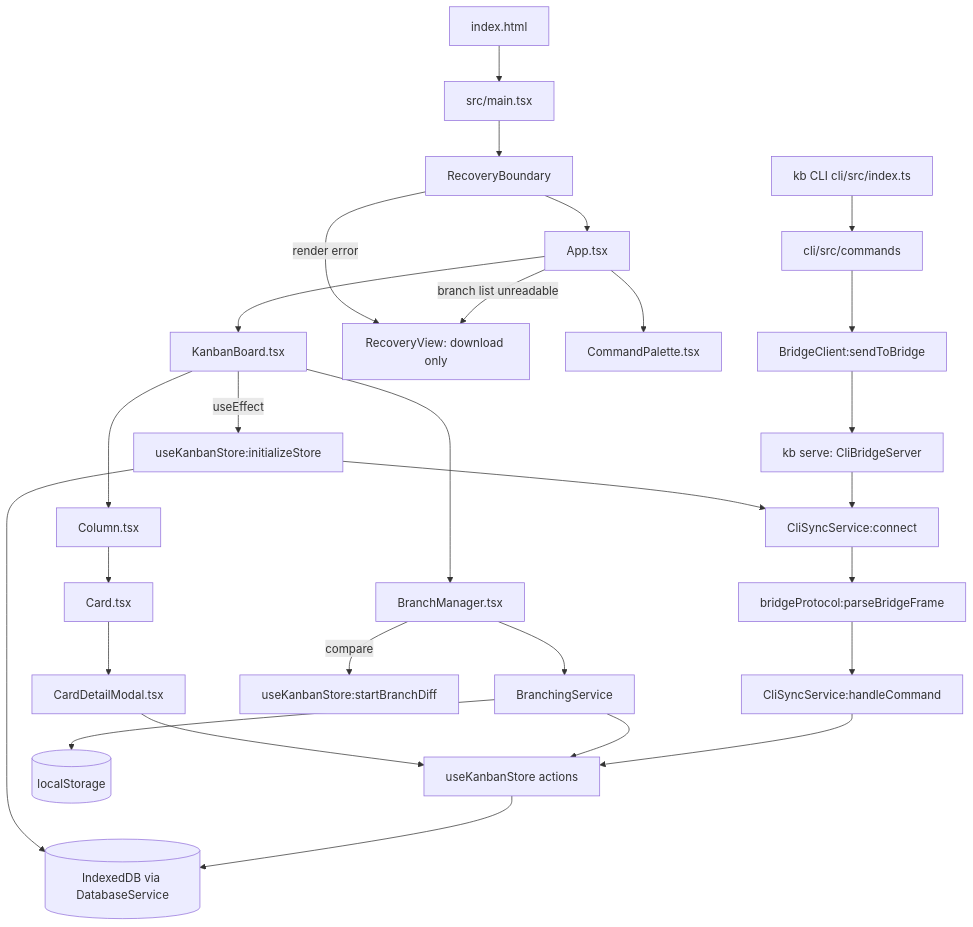
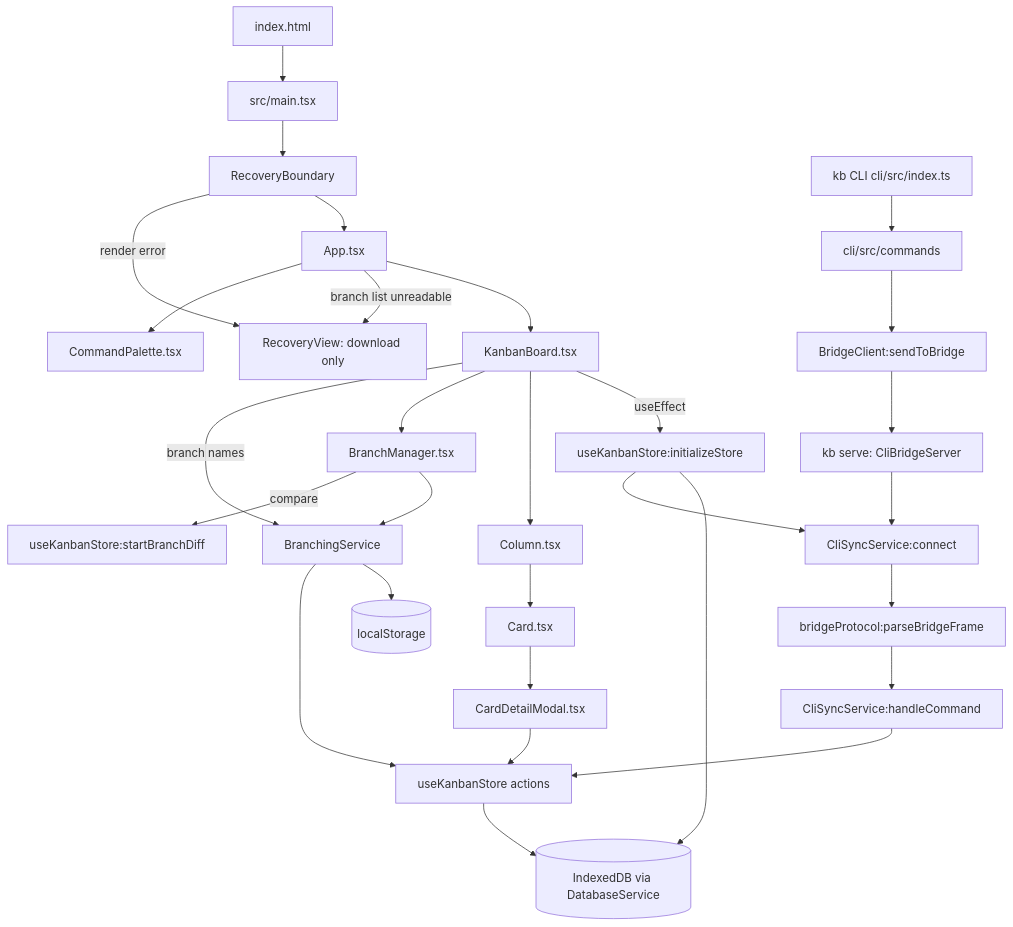
Before and after one commit to vardaanbazaz/kanbanlight: the diagram in flow.md, drawn with Mermaid. The commit also changed other lines of this file and 11 other files, not shown here.

First line of the commit message:
fix: tour re-render, header branch names, page metadata and 0.0.2 docs

````diff
--- a/flow.md
+++ b/flow.md
@@ -72,19 +73,20 @@
 ```mermaid
 flowchart TD
   html[index.html] --> main[src/main.tsx]
   main --> RB[RecoveryBoundary] --> App[App.tsx] --> KB[KanbanBoard.tsx]
   RB -->|render error| RV[RecoveryView: download only]
   App -->|branch list unreadable| RV
   App --> CP[CommandPalette.tsx]
   KB -->|useEffect| init[useKanbanStore:initializeStore]
   init --> DB[(IndexedDB via DatabaseService)]
   init --> WS[CliSyncService:connect]
   KB --> Col[Column.tsx] --> Card[Card.tsx] --> Modal[CardDetailModal.tsx]
   Modal --> store[useKanbanStore actions] --> DB
   KB --> BM[BranchManager.tsx] --> BS[BranchingService] --> LS[(localStorage)]
+  KB -->|branch names| BS
   BS --> store
   BM -->|compare| diff[useKanbanStore:startBranchDiff]
   kb[kb CLI cli/src/index.ts] --> cmds[cli/src/commands] --> BC[BridgeClient:sendToBridge]
   BC --> srv[kb serve: CliBridgeServer] --> WS
   WS --> parse[bridgeProtocol:parseBridgeFrame] --> handle[CliSyncService:handleCommand] --> store
 ```
````
